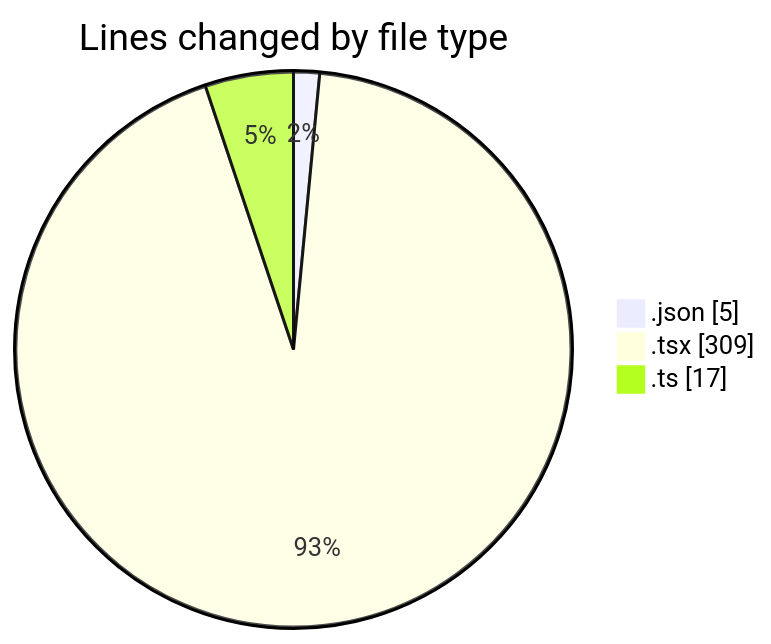
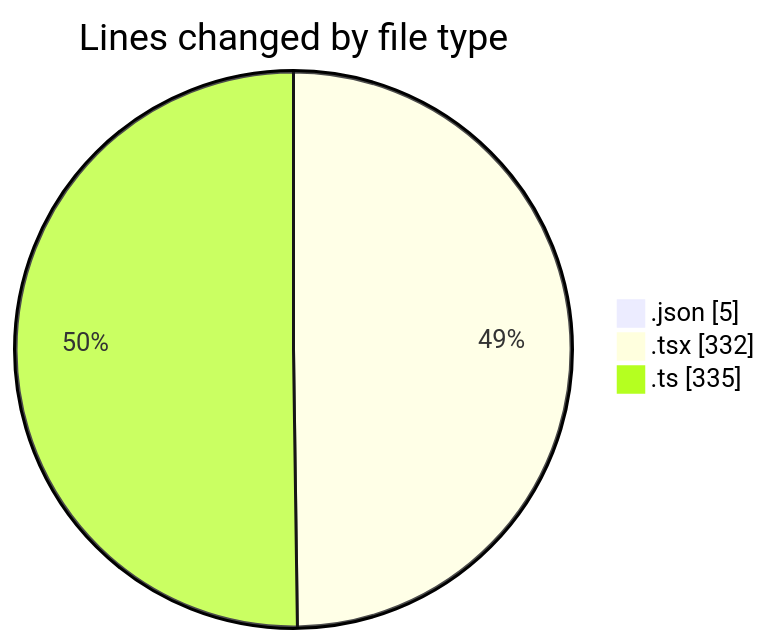
One commit to julien-gomy/code-tracking changed the first of 2 diagrams in 2025-10-27/eventscop-frontend-guide__workspace_/README.md. Above: the diagram before and after it, drawn with Mermaid. The commit also changed other lines of this file and 1 other file, not shown here.

````diff
--- a/2025-10-27/eventscop-frontend-guide__workspace_/README.md
+++ b/2025-10-27/eventscop-frontend-guide__workspace_/README.md
@@ -22,7 +24,7 @@
 ```mermaid
 pie showData
 title Lines changed by file type
 ".json" : 5
-".tsx" : 309
-".ts" : 17
+".tsx" : 332
+".ts" : 335
 ```
````
